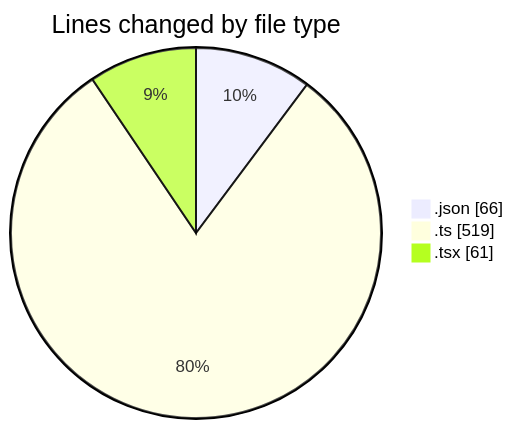
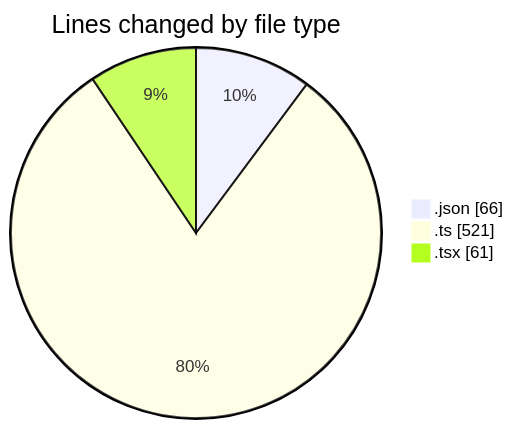
One commit to momahboobian/code-tracking changed the first of 2 diagrams in 2025-05-09/cda/README.md. Above: the diagram before and after it, drawn with Mermaid. The commit also changed other lines of this file and 1 other file, not shown here.

````diff
--- a/2025-05-09/cda/README.md
+++ b/2025-05-09/cda/README.md
@@ -23,7 +23,7 @@
 ```mermaid
 pie showData
 title Lines changed by file type
 ".json" : 66
-".ts" : 519
+".ts" : 521
 ".tsx" : 61
 ```
````
